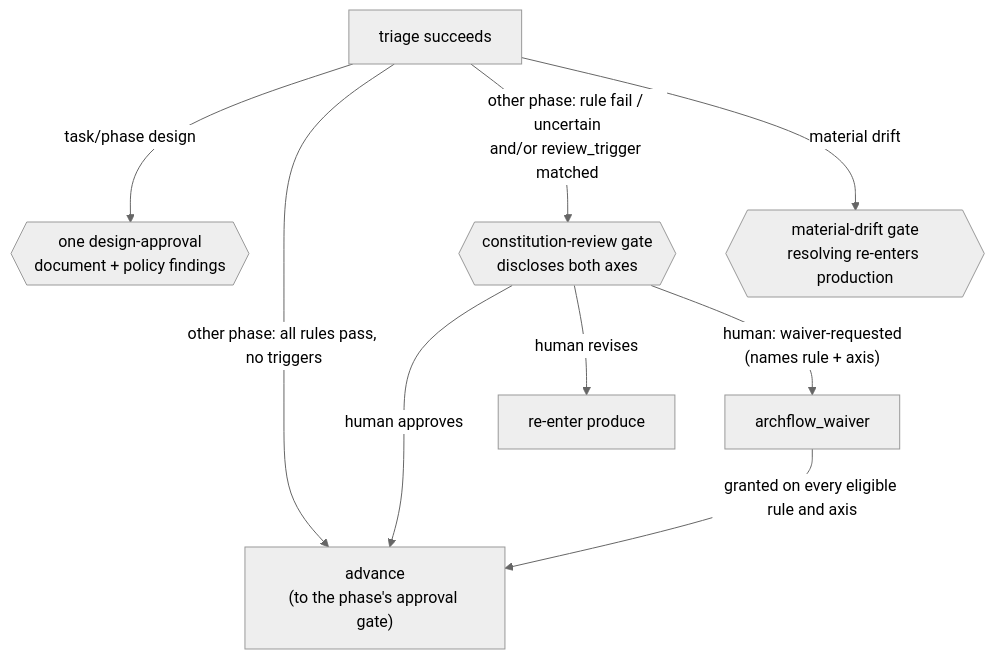
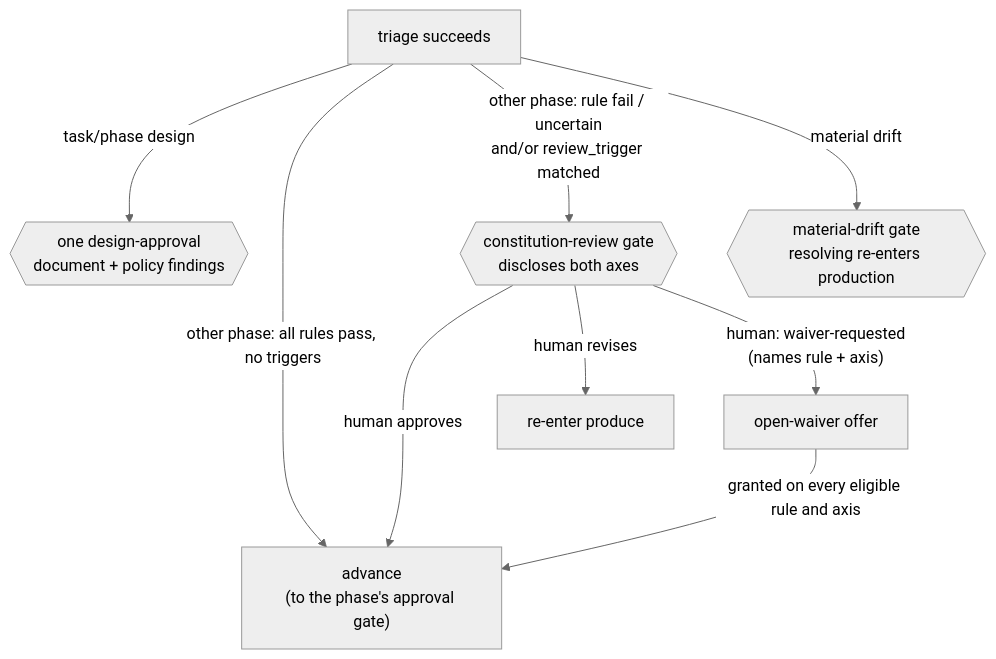
Before and after one commit to Aroton/ArchflowV2: the second of 2 diagrams in docs/review/COUNTER-REVIEW.md, drawn with Mermaid (neutral theme). The commit also changed other lines of this file and 181 other files, not shown here.

````diff
--- a/docs/review/COUNTER-REVIEW.md
+++ b/docs/review/COUNTER-REVIEW.md
@@ -111,11 +111,11 @@
 ```mermaid
 flowchart TB
     T[triage succeeds] -->|task/phase design| DA{{"one design-approval<br/>document + policy findings"}}
     T -->|other phase: all rules pass, no triggers| Adv["advance<br/>(to the phase's approval gate)"]
     T -->|"other phase: rule fail / uncertain<br/>and/or review_trigger matched"| GF{{"constitution-review gate<br/>discloses both axes"}}
     T -->|"material drift"| GD{{"material-drift gate<br/>resolving re-enters production"}}
     GF -->|human approves| Adv
     GF -->|human revises| P[re-enter produce]
-    GF -->|"human: waiver-requested<br/>(names rule + axis)"| W["archflow_waiver"]
+    GF -->|"human: waiver-requested<br/>(names rule + axis)"| W["open-waiver offer"]
     W -->|granted on every eligible rule and axis| Adv
 ```
````
